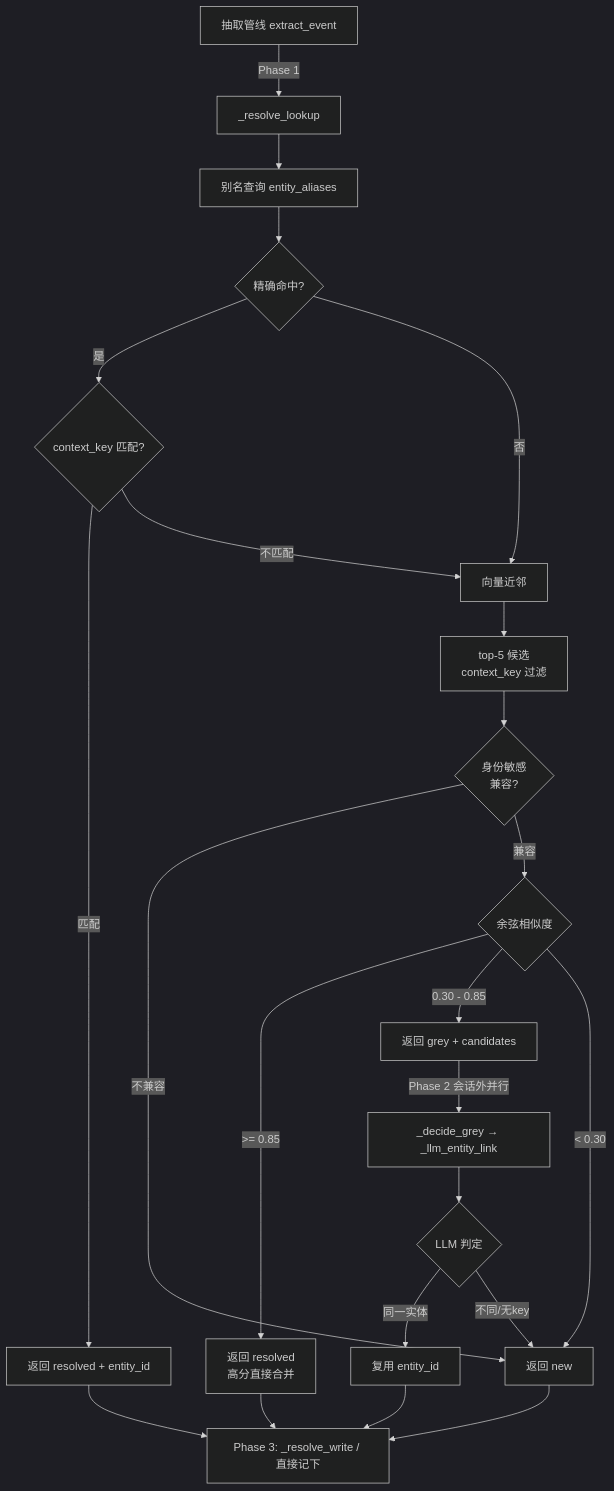
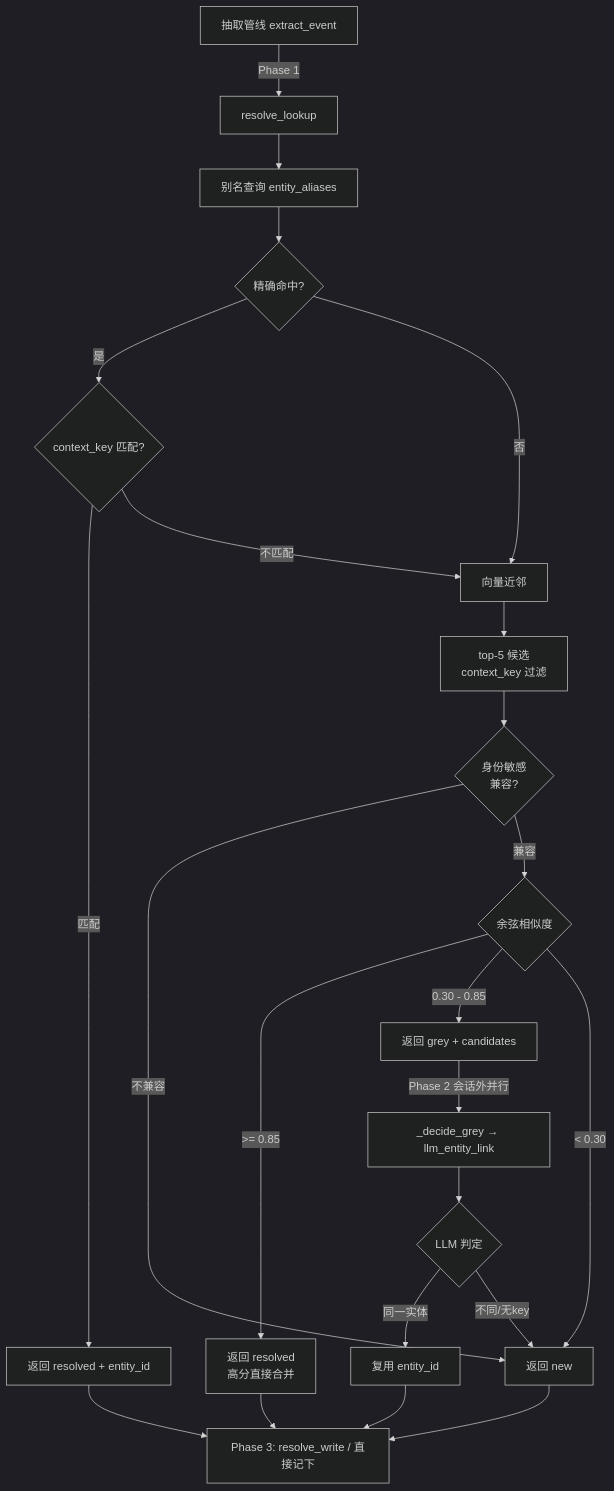
One commit to pty819/cortex-py-book changed the third of 3 diagrams in source/chapters/05-entity-linking.md. Above: the diagram before and after it, drawn with Mermaid (dark theme). The commit also changed other lines of this file and 27 other files, not shown here.

````diff
--- a/source/chapters/05-entity-linking.md
+++ b/source/chapters/05-entity-linking.md
@@ -285,28 +329,28 @@
 ```{mermaid}
 flowchart TD
-    EXT[抽取管线 extract_event] -->|Phase 1| LINK[_resolve_lookup]
+    EXT[抽取管线 extract_event] -->|Phase 1| LINK[resolve_lookup]
     LINK --> A[别名查询 entity_aliases]
     A --> HIT{精确命中?}
     HIT -->|是| CTX{context_key 匹配?}
     CTX -->|匹配| RES[返回 resolved + entity_id]
     CTX -->|不匹配| B[向量近邻]
     HIT -->|否| B
 
     B --> CAND[top-5 候选<br/>context_key 过滤]
     CAND --> COMPAT{身份敏感<br/>兼容?}
     COMPAT -->|不兼容| NEW[返回 new]
     COMPAT -->|兼容| SIM{余弦相似度}
     SIM -->|>= 0.85| RES2[返回 resolved<br/>高分直接合并]
     SIM -->|0.30 - 0.85| GREY[返回 grey + candidates]
     SIM -->|< 0.30| NEW
 
-    GREY -->|Phase 2 会话外并行| LLM[_decide_grey → _llm_entity_link]
+    GREY -->|Phase 2 会话外并行| LLM[_decide_grey → llm_entity_link]
     LLM --> DECIDE{LLM 判定}
     DECIDE -->|同一实体| REUSE[复用 entity_id]
     DECIDE -->|不同/无key| NEW
 
-    RES --> W[Phase 3: _resolve_write / 直接记下]
+    RES --> W[Phase 3: resolve_write / 直接记下]
     RES2 --> W
     REUSE --> W
     NEW --> W
 ```
````
